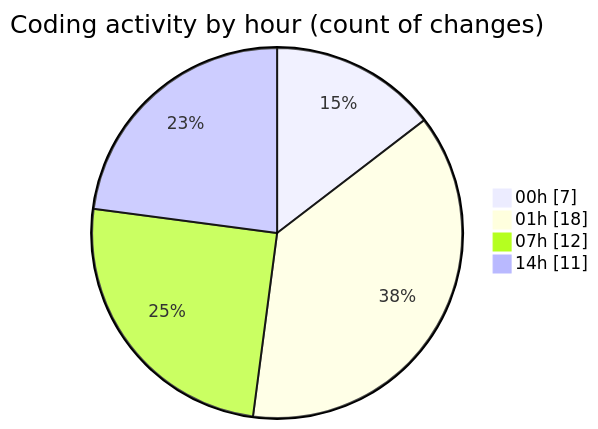
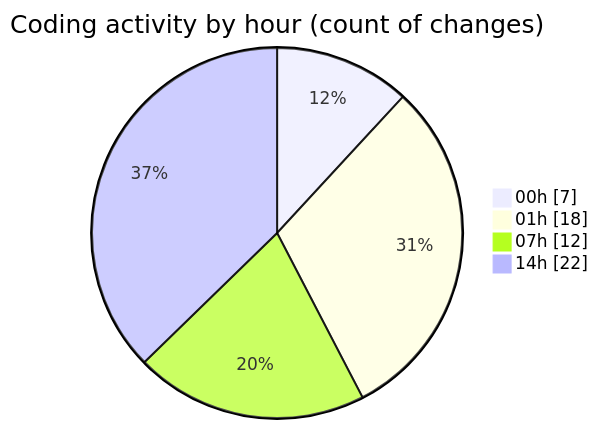
Before and after one commit to tmsrecording-cyber/code-tracking: the second of 2 diagrams in 2026-04-24/darkwire/README.md, drawn with Mermaid. The commit also changed other lines of this file and 1 other file, not shown here.

````diff
--- a/2026-04-24/darkwire/README.md
+++ b/2026-04-24/darkwire/README.md
@@ -47,8 +48,8 @@
 ```mermaid
 pie showData
 title Coding activity by hour (count of changes)
 "00h" : 7
 "01h" : 18
 "07h" : 12
-"14h" : 11
+"14h" : 22
 ```
````
